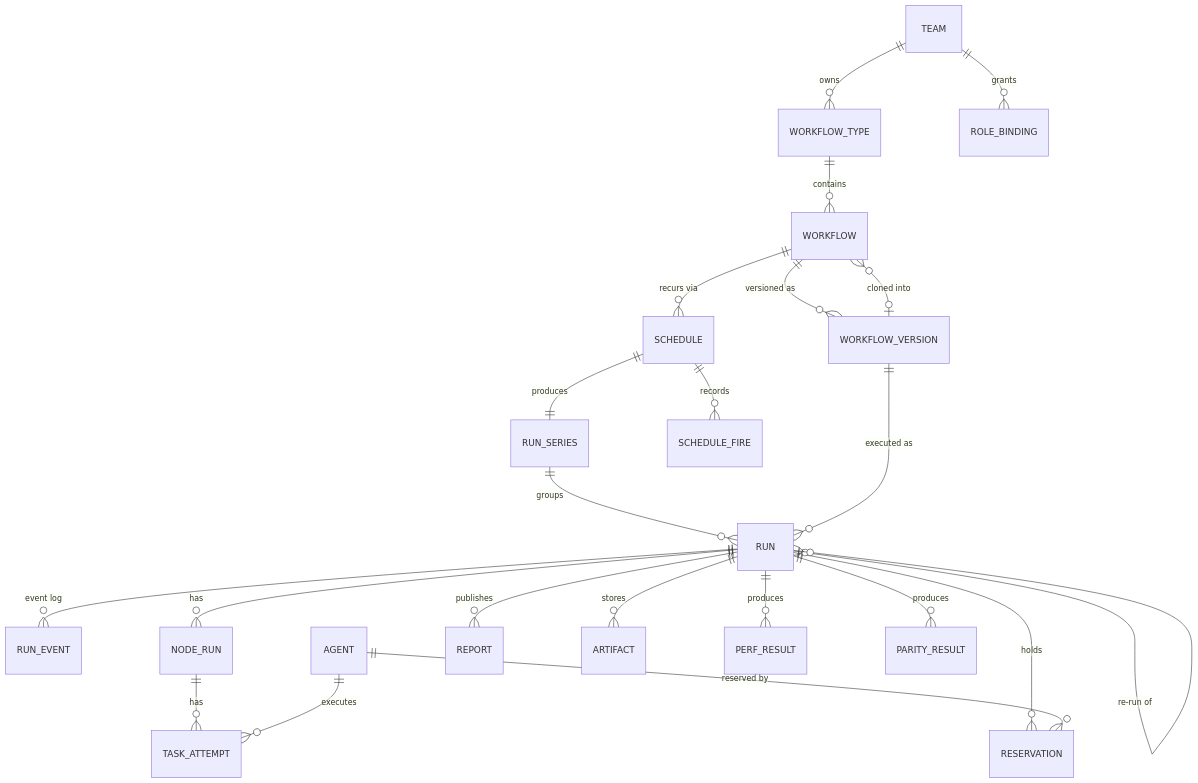
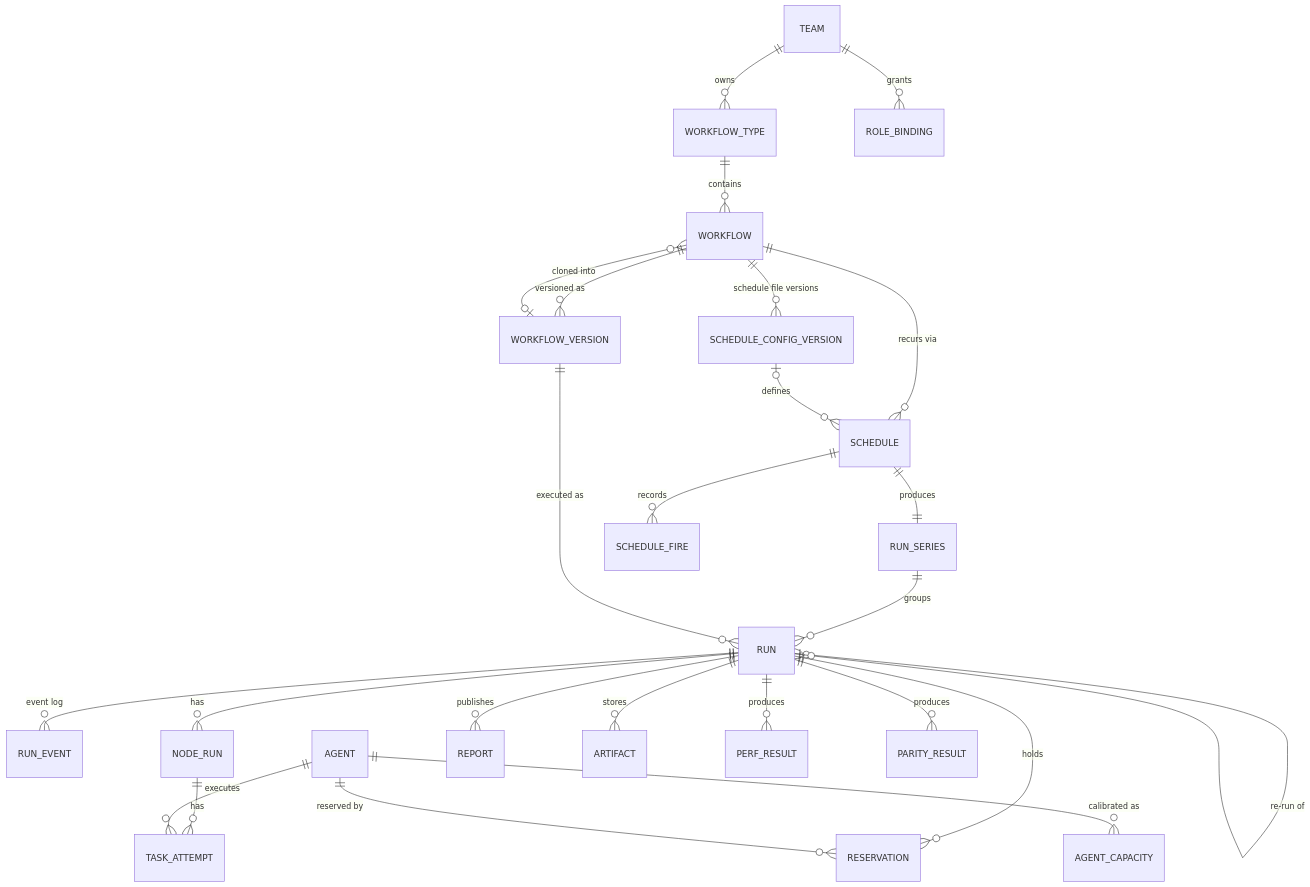
One commit to sonapraneeth-akula-dev/workflow-scheduler changed the tenth of 10 diagrams in docs/plans/2026-10-13_workflow-scheduler_technical-design.md. Above: the diagram before and after it, drawn with Mermaid. The commit also changed other lines of this file and 17 other files, not shown here.

````diff
--- a/docs/plans/2026-10-13_workflow-scheduler_technical-design.md
+++ b/docs/plans/2026-10-13_workflow-scheduler_technical-design.md
@@ -446,24 +538,27 @@
 ```mermaid
 erDiagram
   TEAM ||--o{ WORKFLOW_TYPE : owns
   TEAM ||--o{ ROLE_BINDING : grants
   WORKFLOW_TYPE ||--o{ WORKFLOW : contains
   WORKFLOW ||--o{ WORKFLOW_VERSION : "versioned as"
   WORKFLOW_VERSION |o--o{ WORKFLOW : "cloned into"
   WORKFLOW ||--o{ SCHEDULE : "recurs via"
+  WORKFLOW ||--o{ SCHEDULE_CONFIG_VERSION : "schedule file versions"
+  SCHEDULE_CONFIG_VERSION |o--o{ SCHEDULE : defines
   SCHEDULE ||--|| RUN_SERIES : produces
   SCHEDULE ||--o{ SCHEDULE_FIRE : records
   RUN_SERIES ||--o{ RUN : groups
   WORKFLOW_VERSION ||--o{ RUN : "executed as"
   RUN ||--o{ RUN_EVENT : "event log"
   RUN ||--o{ NODE_RUN : has
   NODE_RUN ||--o{ TASK_ATTEMPT : has
   AGENT ||--o{ TASK_ATTEMPT : executes
   RUN ||--o{ RESERVATION : holds
   AGENT ||--o{ RESERVATION : "reserved by"
+  AGENT ||--o{ AGENT_CAPACITY : "calibrated as"
   RUN ||--o{ REPORT : publishes
   RUN ||--o{ ARTIFACT : stores
   RUN ||--o{ PERF_RESULT : produces
   RUN ||--o{ PARITY_RESULT : produces
   RUN |o--o{ RUN : "re-run of"
 ```
````
